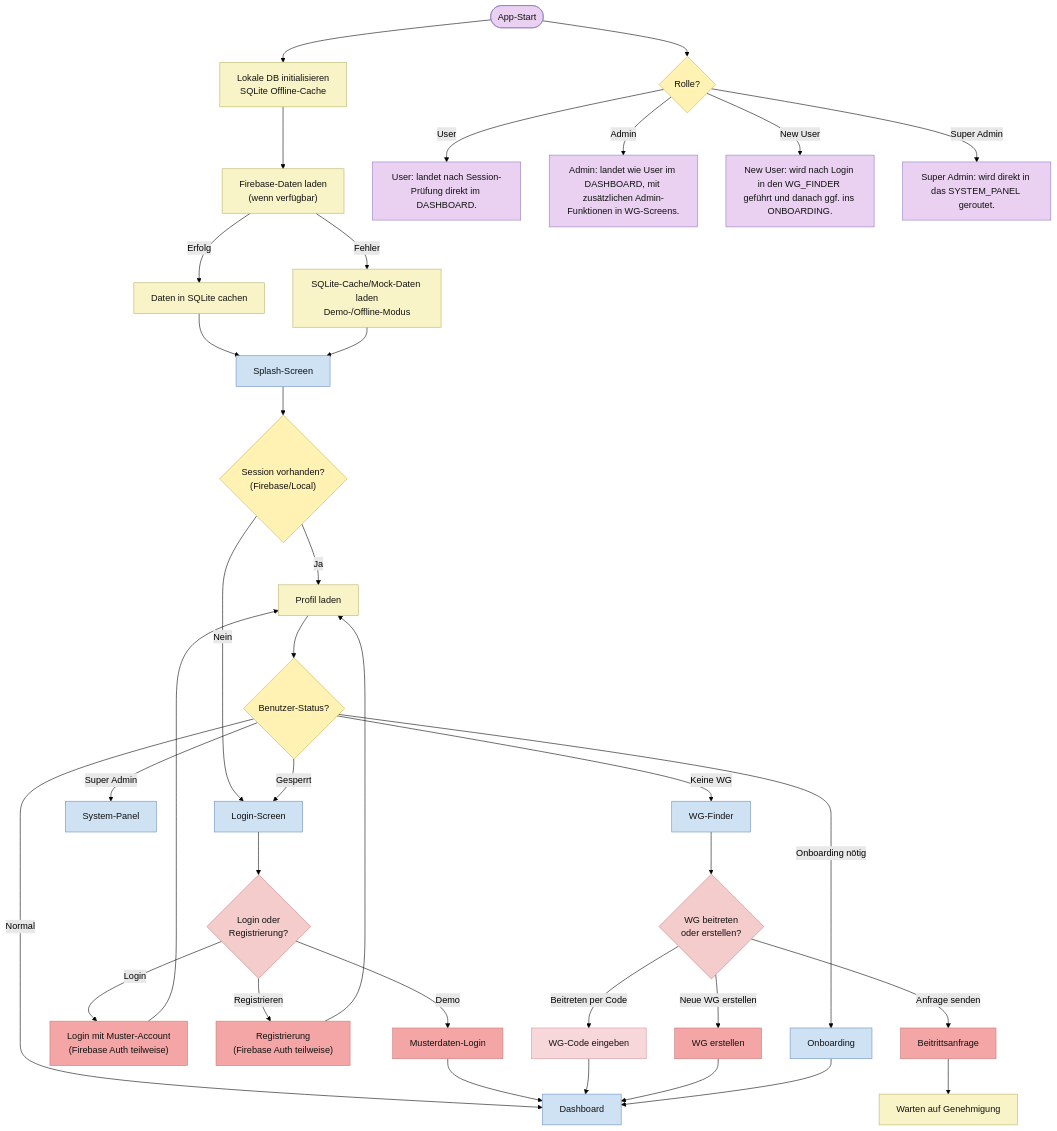
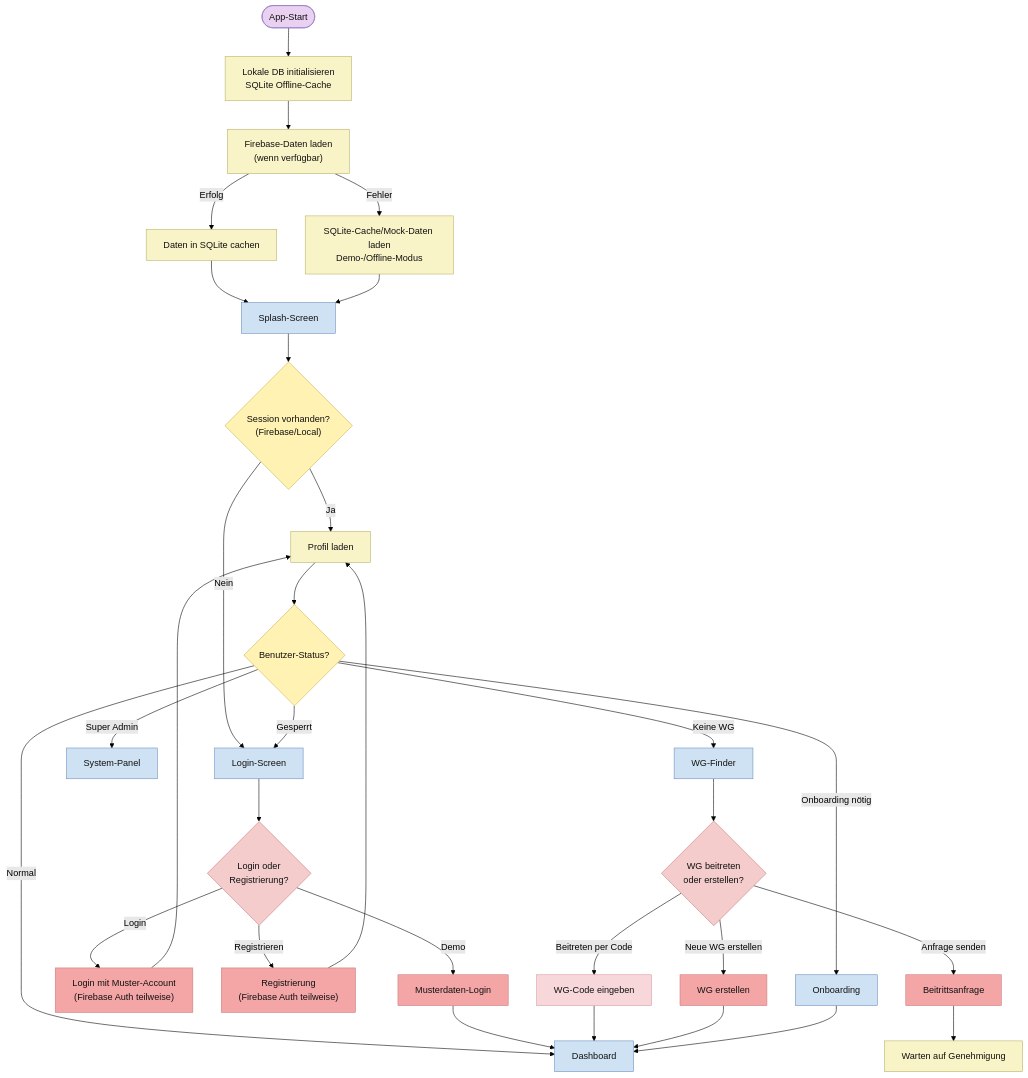
One commit to Nejy190501/WGManager changed the second of 27 diagrams in ABLAUFDIAGRAMM.md. Above: the diagram before and after it, drawn with Mermaid (forest theme). The commit also changed other lines of this file, not shown here.

````diff
--- a/ABLAUFDIAGRAMM.md
+++ b/ABLAUFDIAGRAMM.md
@@ -55,62 +55,49 @@
 ```mermaid
 flowchart TD
     A(["App-Start"]) --> B["Lokale DB initialisieren<br/>SQLite Offline-Cache"]
     B --> C["Firebase-Daten laden<br/>(wenn verfügbar)"]
     C -->|Erfolg| D["Daten in SQLite cachen"]
     C -->|Fehler| E["SQLite-Cache/Mock-Daten laden<br/>Demo-/Offline-Modus"]
     D --> F["Splash-Screen"]
     E --> F
     F --> G{"Session vorhanden?<br/>(Firebase/Local)"}
     G -->|Ja| H["Profil laden"]
     G -->|Nein| I["Login-Screen"]
     H --> J{"Benutzer-Status?"}
     J -->|Gesperrt| I
     J -->|Super Admin| K["System-Panel"]
     J -->|Keine WG| L["WG-Finder"]
     J -->|Onboarding nötig| M["Onboarding"]
     J -->|Normal| N["Dashboard"]
     I --> O{"Login oder<br/>Registrierung?"}
     O -->|Login| P["Login mit Muster-Account<br/>(Firebase Auth teilweise)"]
     O -->|Registrieren| Q["Registrierung<br/>(Firebase Auth teilweise)"]
     O -->|Demo| R["Musterdaten-Login"]
     P --> H
     Q --> H
     R --> N
     L --> S{"WG beitreten<br/>oder erstellen?"}
     S -->|Beitreten per Code| T["WG-Code eingeben"]
     S -->|Anfrage senden| U["Beitrittsanfrage"]
     S -->|Neue WG erstellen| V["WG erstellen"]
     T --> N
     U --> W["Warten auf Genehmigung"]
     V --> N
     M --> N
 
-
-    A --> RLQ{"Rolle?"}
-    RLU["User: landet nach Session-Prüfung direkt im DASHBOARD."]
-    RLA["Admin: landet wie User im DASHBOARD, mit zusätzlichen Admin-Funktionen in WG-Screens."]
-    RLN["New User: wird nach Login in den WG_FINDER geführt und danach ggf. ins ONBOARDING."]
-    RLS["Super Admin: wird direkt in das SYSTEM_PANEL geroutet."]
-    RLQ -->|User| RLU
-    RLQ -->|Admin| RLA
-    RLQ -->|New User| RLN
-    RLQ -->|Super Admin| RLS
-
     classDef userAction fill:#ead1f2,stroke:#8e7cc3,color:#111;
     classDef systemAction fill:#f9f4c7,stroke:#b7b26a,color:#111;
     classDef userDecision fill:#f4cccc,stroke:#cc7a7a,color:#111;
     classDef systemDecision fill:#fff2b2,stroke:#c9b458,color:#111;
     classDef button fill:#f4a6a6,stroke:#c97b7b,color:#111;
     classDef userInput fill:#f8d7da,stroke:#d49aa2,color:#111;
     classDef screen fill:#cfe2f3,stroke:#6c8ebf,color:#111;
 
     class A userAction;
     class B,C,D,E,H,W systemAction;
     class O,S userDecision;
     class G,J systemDecision;
     class P,Q,R,U,V button;
     class T userInput;
     class F,I,K,L,M,N screen;
-    class RLQ systemDecision;
-    class RLU,RLA,RLN,RLS userAction;
 ```
````
